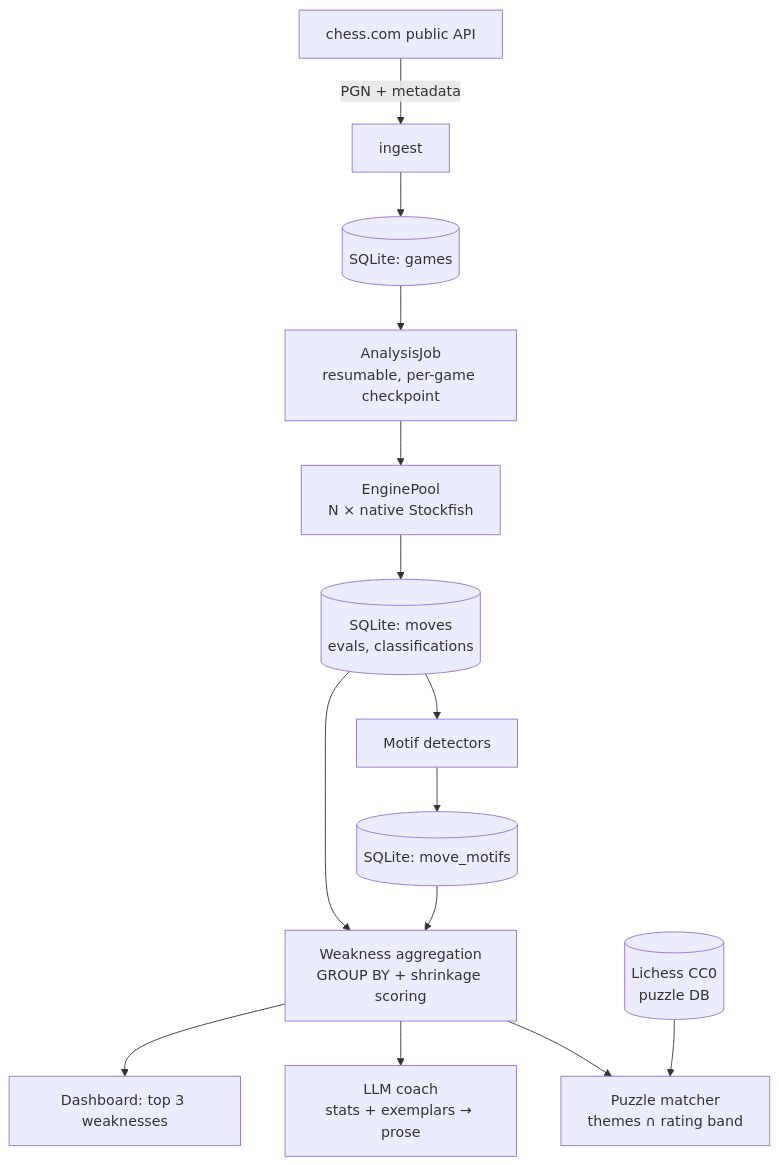
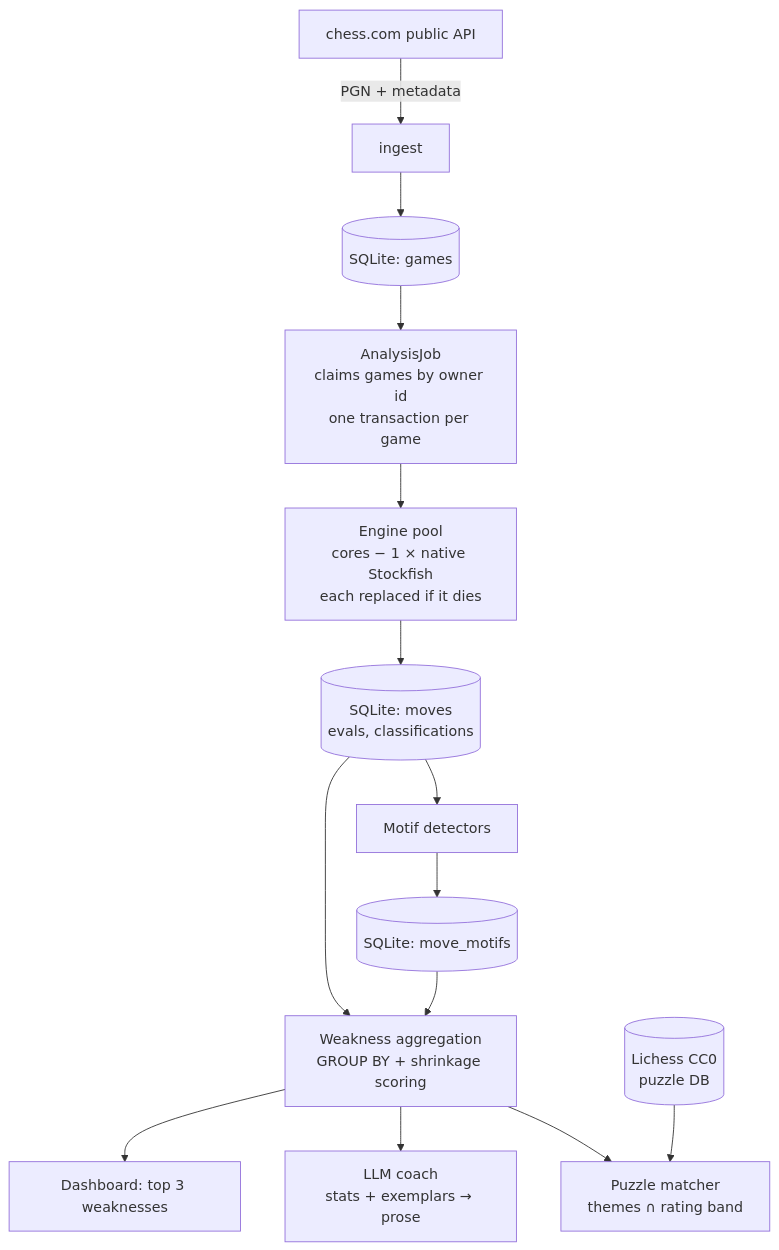
The diagram in README.md (wesnam/chess-retro), drawn with Mermaid before and after one commit. The commit also changed other lines of this file and 19 other files, not shown here.

````diff
--- a/README.md
+++ b/README.md
@@ -74,16 +74,16 @@
 ```mermaid
 flowchart TB
     A[chess.com public API] -->|PGN + metadata| B[ingest]
     B --> C[(SQLite: games)]
-    C --> D[AnalysisJob<br/>resumable, per-game checkpoint]
-    D --> E[EnginePool<br/>N × native Stockfish]
+    C --> D[AnalysisJob<br/>claims games by owner id<br/>one transaction per game]
+    D --> E[Engine pool<br/>cores − 1 × native Stockfish<br/>each replaced if it dies]
     E --> F[(SQLite: moves<br/>evals, classifications)]
     F --> G[Motif detectors]
     G --> H[(SQLite: move_motifs)]
     F --> I[Weakness aggregation<br/>GROUP BY + shrinkage scoring]
     H --> I
     I --> J[Dashboard: top 3 weaknesses]
     I --> K[LLM coach<br/>stats + exemplars → prose]
     I --> L[Puzzle matcher<br/>themes ∩ rating band]
     M[(Lichess CC0<br/>puzzle DB)] --> L
 ```
````
